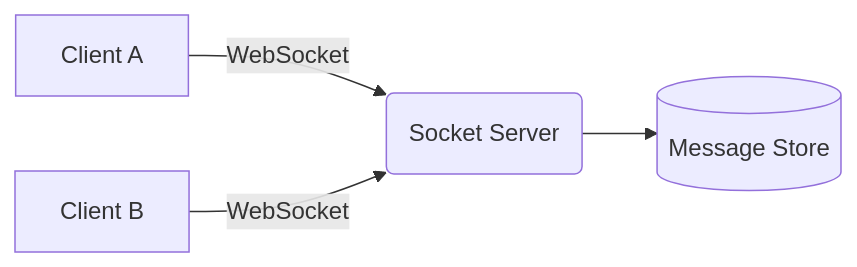
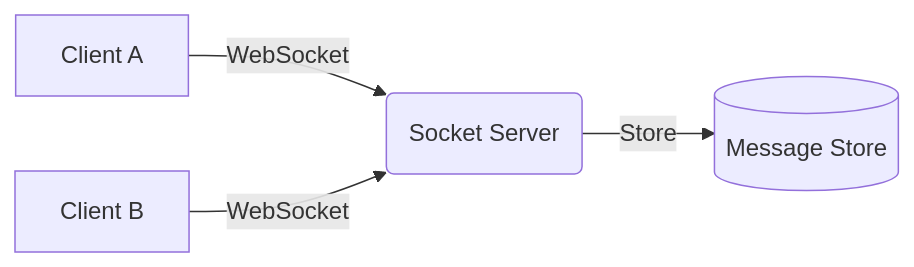
The third of 10 diagrams in README.md (YashKerkarTech04/YAR-Coin-2.0), drawn with Mermaid before and after one commit. The commit also changed other lines of this file, not shown here.

````diff
--- a/README.md
+++ b/README.md
@@ -100,6 +100,6 @@
 ```mermaid
 flowchart LR
     A[Client A] -->|WebSocket| S(Socket Server)
     B[Client B] -->|WebSocket| S
-    S --> DB[(Message Store)]
+    S -->|Store| DB[(Message Store)]
 ```
````
